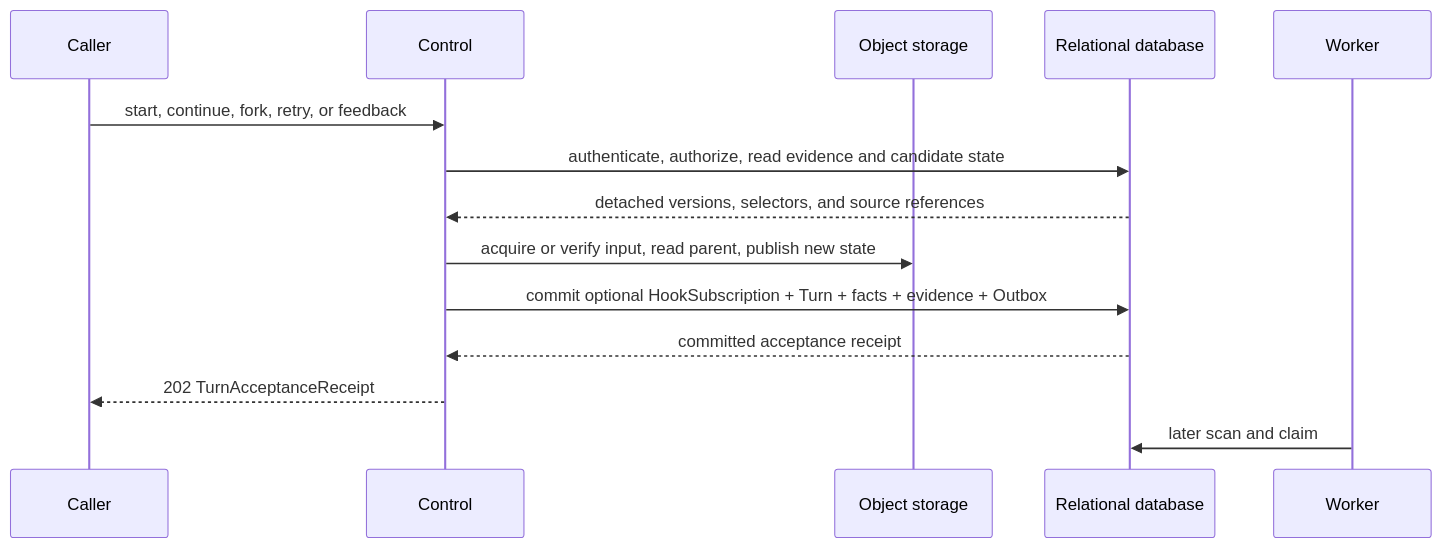
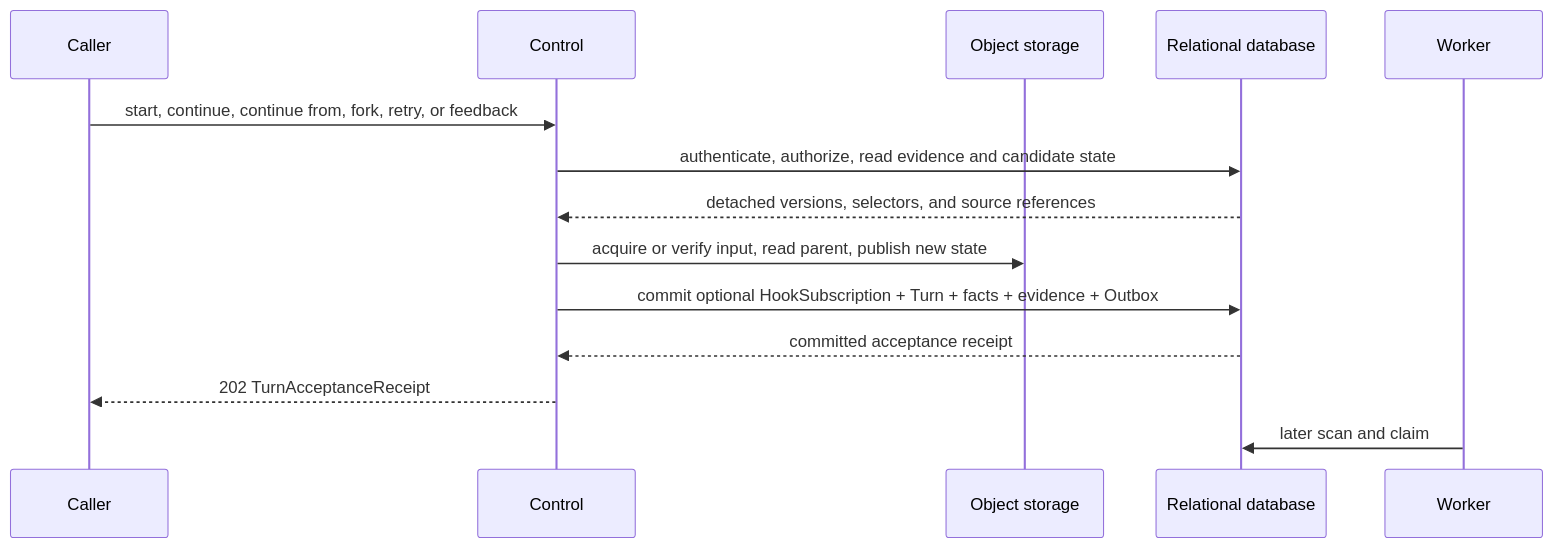
One commit to converge-ai-labs/agent-foundation changed the first of 2 diagrams in spec/foundation-service/34-agent-control-input-and-continuation.md. Above: the diagram before and after it, drawn with Mermaid. The commit also changed other lines of this file and 10 other files, not shown here.

````diff
--- a/spec/foundation-service/34-agent-control-input-and-continuation.md
+++ b/spec/foundation-service/34-agent-control-input-and-continuation.md
@@ -82,17 +86,17 @@
 ```mermaid
 sequenceDiagram
     participant Caller
     participant Control
     participant Objects as Object storage
     participant DB as Relational database
     participant Worker
 
-    Caller->>Control: start, continue, fork, retry, or feedback
+    Caller->>Control: start, continue, continue from, fork, retry, or feedback
     Control->>DB: authenticate, authorize, read evidence and candidate state
     DB-->>Control: detached versions, selectors, and source references
     Control->>Objects: acquire or verify input, read parent, publish new state
     Control->>DB: commit optional HookSubscription + Turn + facts + evidence + Outbox
     DB-->>Control: committed acceptance receipt
     Control-->>Caller: 202 TurnAcceptanceReceipt
     Worker->>DB: later scan and claim
 ```
````
